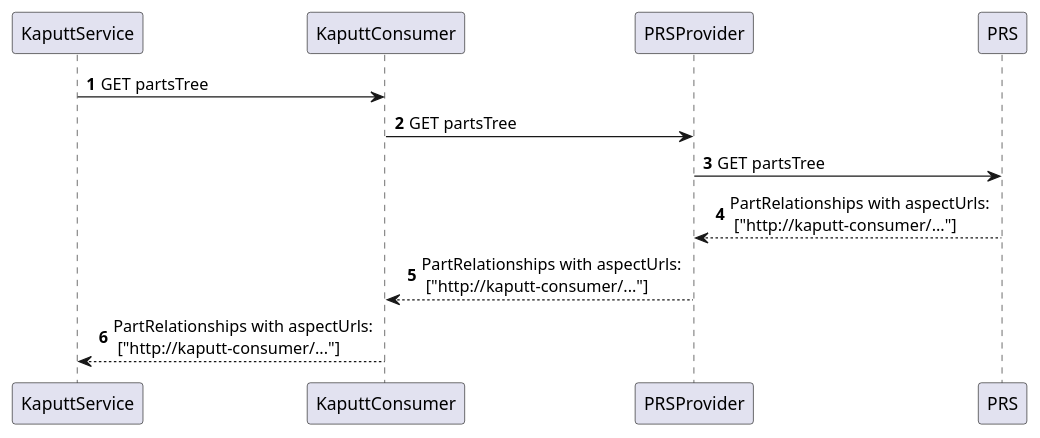
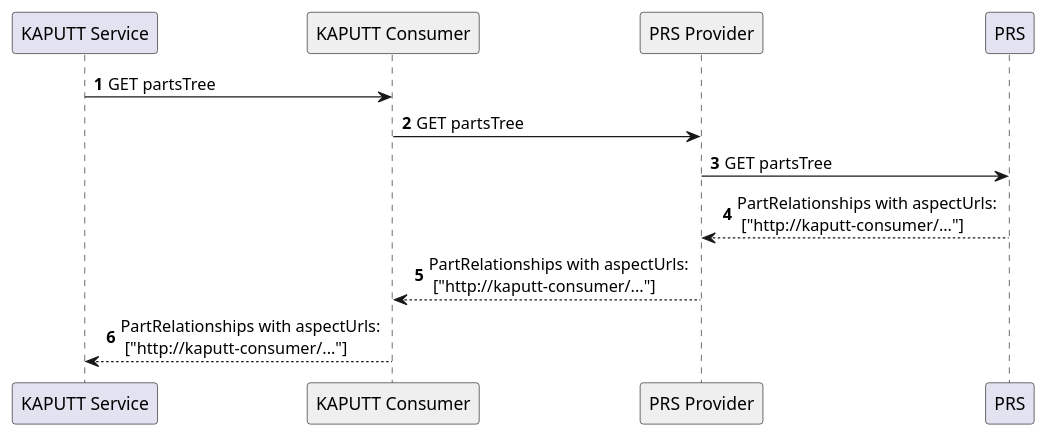
One commit to catenax/tractusx changed the diagram in documentation/architecture/diagrams/speedboat-get-aspect-url-sequence-diagram.puml. Above: the diagram before and after it, drawn with PlantUML. The commit also changed 1 other file, not shown here.

```diff
--- a/documentation/architecture/diagrams/speedboat-get-aspect-url-sequence-diagram.puml
+++ b/documentation/architecture/diagrams/speedboat-get-aspect-url-sequence-diagram.puml
@@ -1,12 +1,16 @@
 @startuml
 'https://plantuml.com/sequence-diagram
 
 autonumber
+
+participant "KAPUTT Service" as KaputtService 
+participant "KAPUTT Consumer" as KaputtConsumer #efefef
+participant "PRS Provider" as PRSProvider  #efefef
 
 KaputtService -> KaputtConsumer: GET partsTree
 KaputtConsumer -> PRSProvider: GET partsTree
 PRSProvider -> PRS: GET partsTree
 PRSProvider <-- PRS: PartRelationships with aspectUrls: \n ["http://kaputt-consumer/..."]
 KaputtConsumer <-- PRSProvider: PartRelationships with aspectUrls: \n ["http://kaputt-consumer/..."]
 KaputtService <-- KaputtConsumer: PartRelationships with aspectUrls: \n ["http://kaputt-consumer/..."]
 @enduml
```
